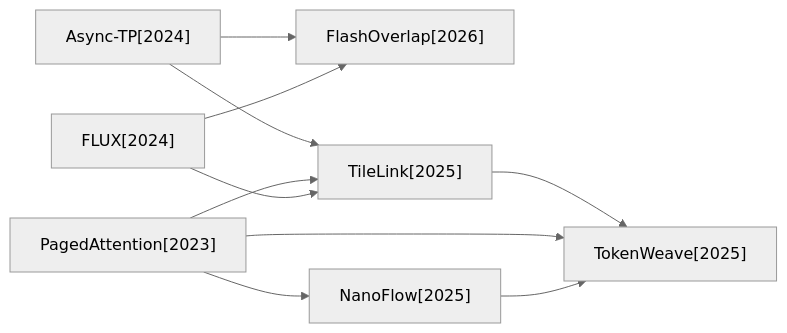
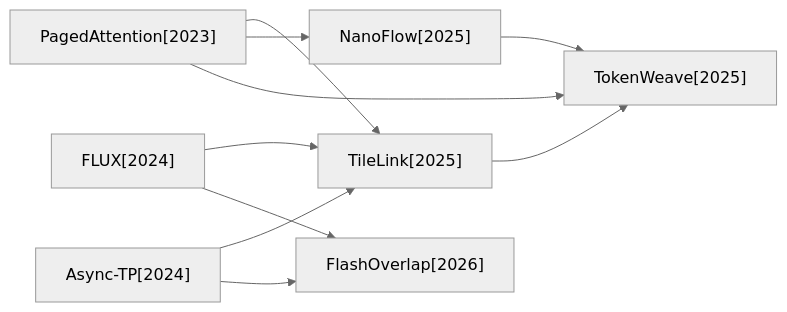
One commit to hustzxd/EfficientPaper changed the first of 5 diagrams in docs/baseline_methods_graph.md. Above: the diagram before and after it, drawn with Mermaid (neutral theme). The commit also changed other lines of this file and 16 other files, not shown here.

````diff
--- a/docs/baseline_methods_graph.md
+++ b/docs/baseline_methods_graph.md
@@ -7,19 +7,19 @@
 ```mermaid
 flowchart LR
+    2023_PagedAttention["PagedAttention[2023]"]
+    2025_TileLink["TileLink[2025]"]
+    2024_FLUX["FLUX[2024]"]
+    2024_Async_TP["Async-TP[2024]"]
+    2025_TokenWeave["TokenWeave[2025]"]
+    2025_NanoFlow["NanoFlow[2025]"]
     2026_FlashOverlap["FlashOverlap[2026]"]
-    2024_FLUX["FLUX[2024]"]
-    2025_NanoFlow["NanoFlow[2025]"]
-    2023_PagedAttention["PagedAttention[2023]"]
-    2024_Async_TP["Async-TP[2024]"]
-    2025_TileLink["TileLink[2025]"]
-    2025_TokenWeave["TokenWeave[2025]"]
-    2024_FLUX --> 2025_TileLink
-    2024_FLUX --> 2026_FlashOverlap
-    2025_NanoFlow --> 2025_TokenWeave
     2023_PagedAttention --> 2025_TileLink
     2023_PagedAttention --> 2025_NanoFlow
     2023_PagedAttention --> 2025_TokenWeave
+    2025_TileLink --> 2025_TokenWeave
+    2024_FLUX --> 2025_TileLink
+    2024_FLUX --> 2026_FlashOverlap
     2024_Async_TP --> 2025_TileLink
     2024_Async_TP --> 2026_FlashOverlap
-    2025_TileLink --> 2025_TokenWeave
+    2025_NanoFlow --> 2025_TokenWeave
 ```
````
